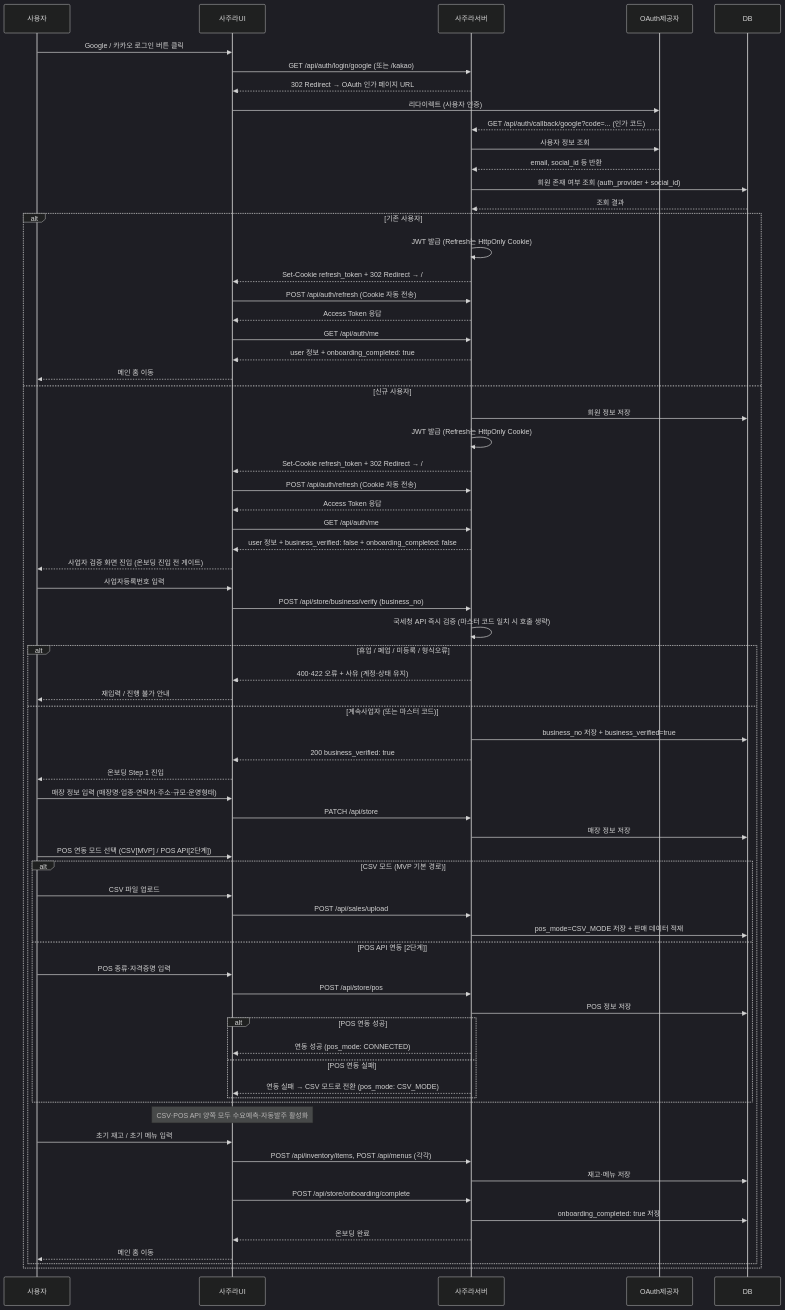
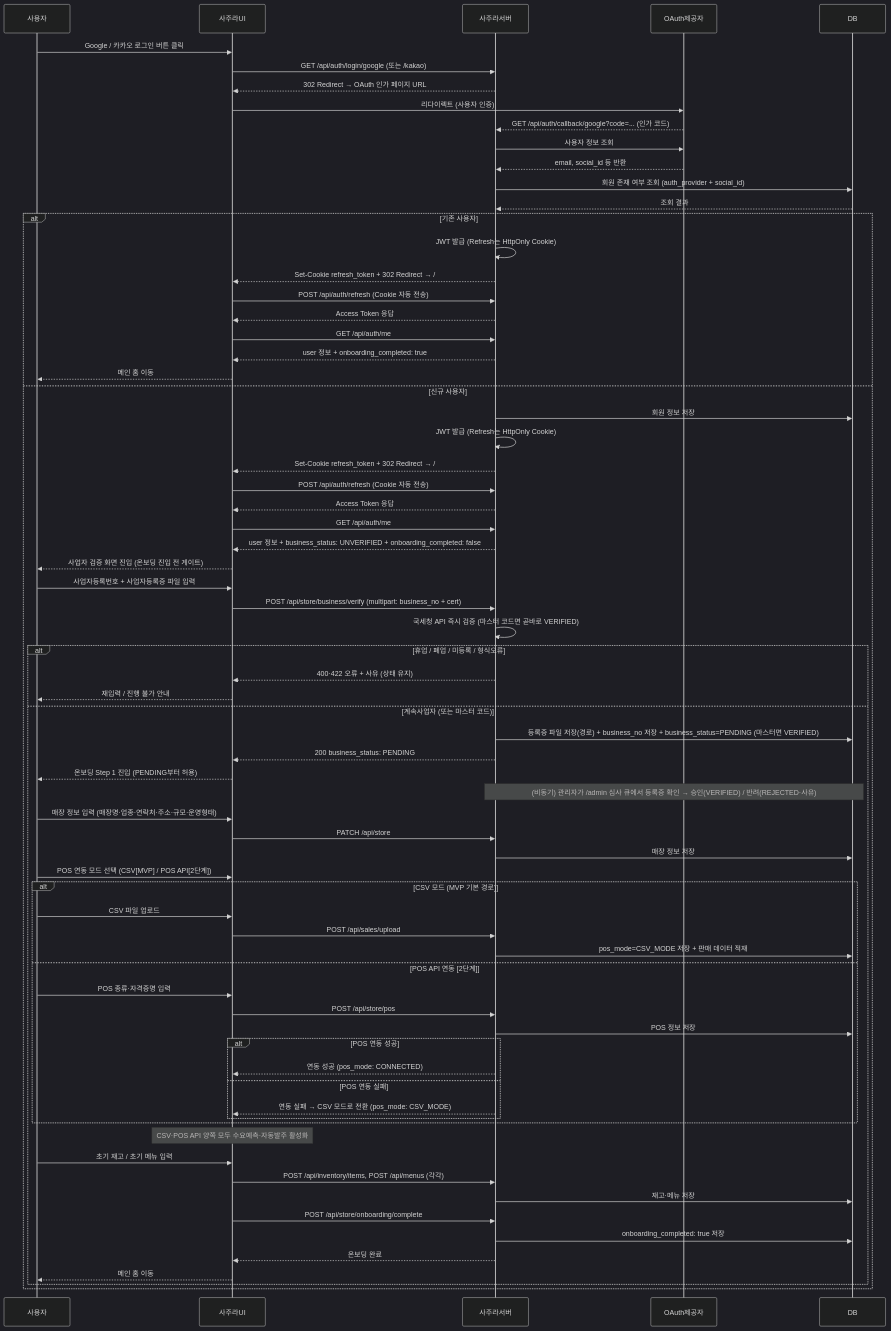
The first of 7 diagrams in docs/spec/04_flow/sequence.md (h-taek/CapstoneDesign_Sajura), drawn with Mermaid (dark theme) before and after one commit. The commit also changed 13 other files, not shown here.

````diff
--- a/docs/spec/04_flow/sequence.md
+++ b/docs/spec/04_flow/sequence.md
@@ -31,79 +31,80 @@
 ```mermaid
 sequenceDiagram
     participant 사용자
     participant 사주라UI
     participant 사주라서버
     participant OAuth제공자
     participant DB
 
     사용자->>사주라UI: Google / 카카오 로그인 버튼 클릭
     사주라UI->>사주라서버: GET /api/auth/login/google (또는 /kakao)
     사주라서버-->>사주라UI: 302 Redirect → OAuth 인가 페이지 URL
     사주라UI->>OAuth제공자: 리다이렉트 (사용자 인증)
     OAuth제공자-->>사주라서버: GET /api/auth/callback/google?code=... (인가 코드)
     사주라서버->>OAuth제공자: 사용자 정보 조회
     OAuth제공자-->>사주라서버: email, social_id 등 반환
     사주라서버->>DB: 회원 존재 여부 조회 (auth_provider + social_id)
     DB-->>사주라서버: 조회 결과
 
     alt 기존 사용자
         사주라서버->>사주라서버: JWT 발급 (Refresh는 HttpOnly Cookie)
         사주라서버-->>사주라UI: Set-Cookie refresh_token + 302 Redirect → /
         사주라UI->>사주라서버: POST /api/auth/refresh (Cookie 자동 전송)
         사주라서버-->>사주라UI: Access Token 응답
         사주라UI->>사주라서버: GET /api/auth/me
         사주라서버-->>사주라UI: user 정보 + onboarding_completed: true
         사주라UI-->>사용자: 메인 홈 이동
     else 신규 사용자
         사주라서버->>DB: 회원 정보 저장
         사주라서버->>사주라서버: JWT 발급 (Refresh는 HttpOnly Cookie)
         사주라서버-->>사주라UI: Set-Cookie refresh_token + 302 Redirect → /
         사주라UI->>사주라서버: POST /api/auth/refresh (Cookie 자동 전송)
         사주라서버-->>사주라UI: Access Token 응답
         사주라UI->>사주라서버: GET /api/auth/me
-        사주라서버-->>사주라UI: user 정보 + business_verified: false + onboarding_completed: false
+        사주라서버-->>사주라UI: user 정보 + business_status: UNVERIFIED + onboarding_completed: false
         사주라UI-->>사용자: 사업자 검증 화면 진입 (온보딩 진입 전 게이트)
 
-        사용자->>사주라UI: 사업자등록번호 입력
-        사주라UI->>사주라서버: POST /api/store/business/verify (business_no)
-        사주라서버->>사주라서버: 국세청 API 즉시 검증 (마스터 코드 일치 시 호출 생략)
+        사용자->>사주라UI: 사업자등록번호 + 사업자등록증 파일 입력
+        사주라UI->>사주라서버: POST /api/store/business/verify (multipart: business_no + cert)
+        사주라서버->>사주라서버: 국세청 API 즉시 검증 (마스터 코드면 곧바로 VERIFIED)
         alt 휴업 / 폐업 / 미등록 / 형식오류
-            사주라서버-->>사주라UI: 400·422 오류 + 사유 (계정·상태 유지)
+            사주라서버-->>사주라UI: 400·422 오류 + 사유 (상태 유지)
             사주라UI-->>사용자: 재입력 / 진행 불가 안내
         else 계속사업자 (또는 마스터 코드)
-            사주라서버->>DB: business_no 저장 + business_verified=true
-            사주라서버-->>사주라UI: 200 business_verified: true
-            사주라UI-->>사용자: 온보딩 Step 1 진입
+            사주라서버->>DB: 등록증 파일 저장(경로) + business_no 저장 + business_status=PENDING (마스터면 VERIFIED)
+            사주라서버-->>사주라UI: 200 business_status: PENDING
+            사주라UI-->>사용자: 온보딩 Step 1 진입 (PENDING부터 허용)
+            note over 사주라서버,DB: (비동기) 관리자가 /admin 심사 큐에서 등록증 확인 → 승인(VERIFIED) / 반려(REJECTED·사유)
 
             사용자->>사주라UI: 매장 정보 입력 (매장명·업종·연락처·주소·규모·운영형태)
             사주라UI->>사주라서버: PATCH /api/store
             사주라서버->>DB: 매장 정보 저장
 
             사용자->>사주라UI: POS 연동 모드 선택 (CSV[MVP] / POS API[2단계])
             alt CSV 모드 (MVP 기본 경로)
                 사용자->>사주라UI: CSV 파일 업로드
                 사주라UI->>사주라서버: POST /api/sales/upload
                 사주라서버->>DB: pos_mode=CSV_MODE 저장 + 판매 데이터 적재
             else POS API 연동 [2단계]
                 사용자->>사주라UI: POS 종류·자격증명 입력
                 사주라UI->>사주라서버: POST /api/store/pos
                 사주라서버->>DB: POS 정보 저장
                 alt POS 연동 성공
                     사주라서버-->>사주라UI: 연동 성공 (pos_mode: CONNECTED)
                 else POS 연동 실패
                     사주라서버-->>사주라UI: 연동 실패 → CSV 모드로 전환 (pos_mode: CSV_MODE)
                 end
             end
             Note over 사주라UI: CSV·POS API 양쪽 모두 수요예측·자동발주 활성화
 
             사용자->>사주라UI: 초기 재고 / 초기 메뉴 입력
             사주라UI->>사주라서버: POST /api/inventory/items, POST /api/menus (각각)
             사주라서버->>DB: 재고·메뉴 저장
 
             사주라UI->>사주라서버: POST /api/store/onboarding/complete
             사주라서버->>DB: onboarding_completed: true 저장
             사주라서버-->>사주라UI: 온보딩 완료
             사주라UI-->>사용자: 메인 홈 이동
         end
     end
 ```
````
